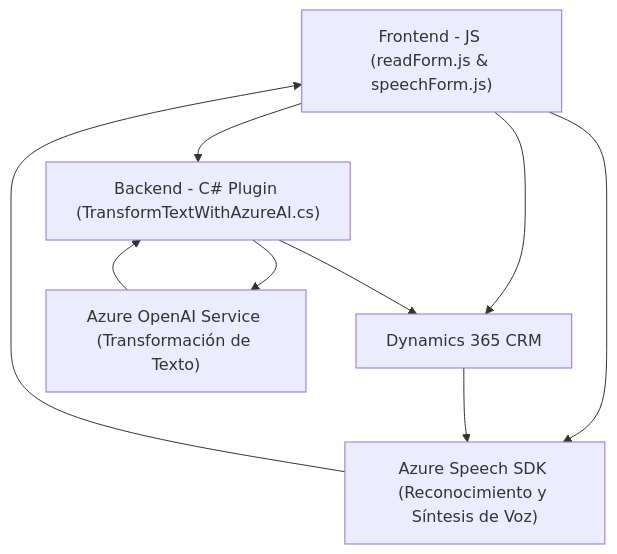
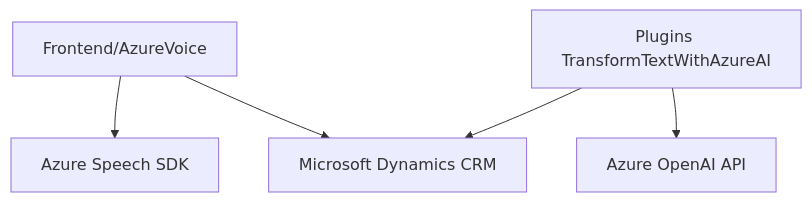
Before and after one commit to blopezdm/NETCORE_BILBAO2025: the diagram in README.md, drawn with Mermaid. The commit also changed other lines of this file, not shown here.

````diff
--- a/README.md
+++ b/README.md
@@ -50,17 +36,13 @@
 ```mermaid
 graph TD
-    A["Frontend - JS (readForm.js & speechForm.js)"]
-    B["Azure Speech SDK (Reconocimiento y Síntesis de Voz)"]
-    C["Dynamics 365 CRM"]
-    D["Backend - C# Plugin (TransformTextWithAzureAI.cs)"]
-    E["Azure OpenAI Service (Transformación de Texto)"]
-
-    A --> B
-    A --> C
-    B --> A
-    C --> B
-    A --> D
-    D --> E
-    E --> D
-    D --> C
+    AzureVoiceJS["Frontend/AzureVoice"]
+    Plugins["Plugins TransformTextWithAzureAI"]
+    DynamicsCRM["Microsoft Dynamics CRM"]
+    AzureSpeechSDK["Azure Speech SDK"]
+    AzureOpenAI["Azure OpenAI API"]
+    
+    AzureVoiceJS --> AzureSpeechSDK
+    AzureVoiceJS --> DynamicsCRM
+    Plugins --> AzureOpenAI
+    Plugins --> DynamicsCRM
 ```
````
